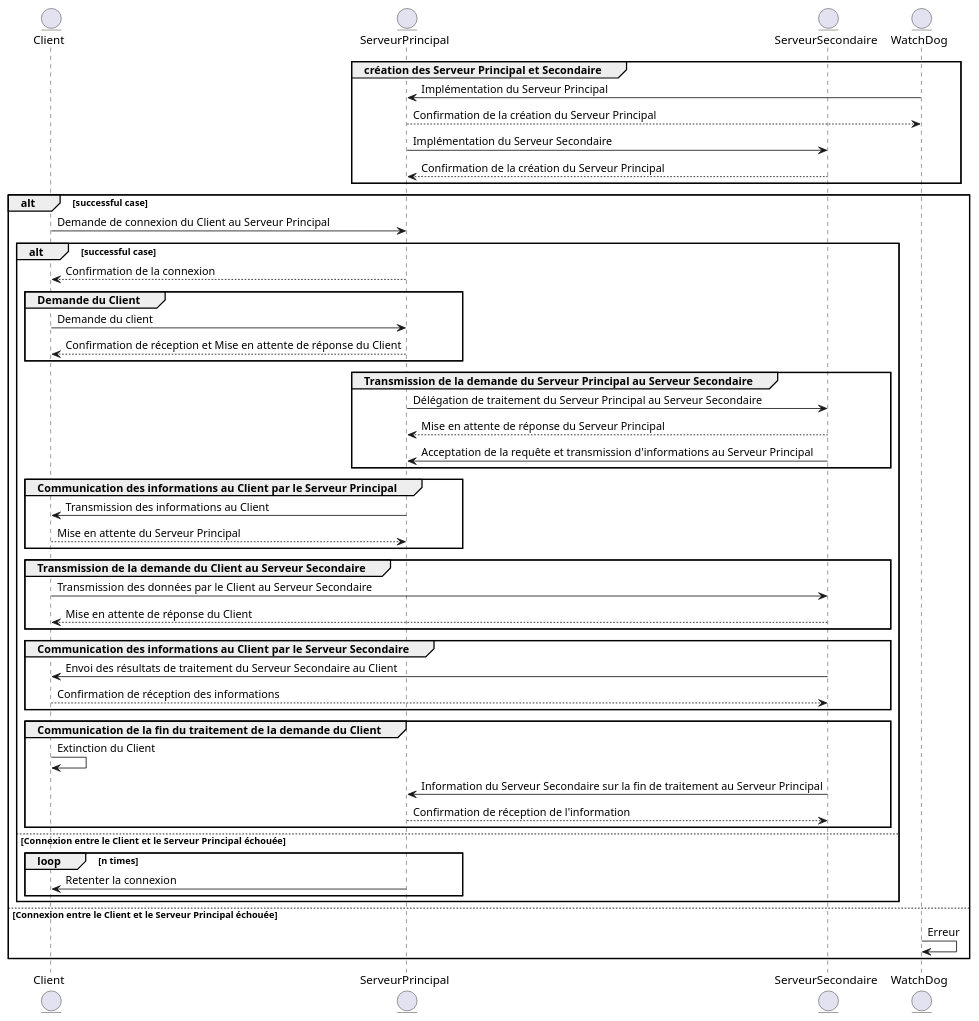
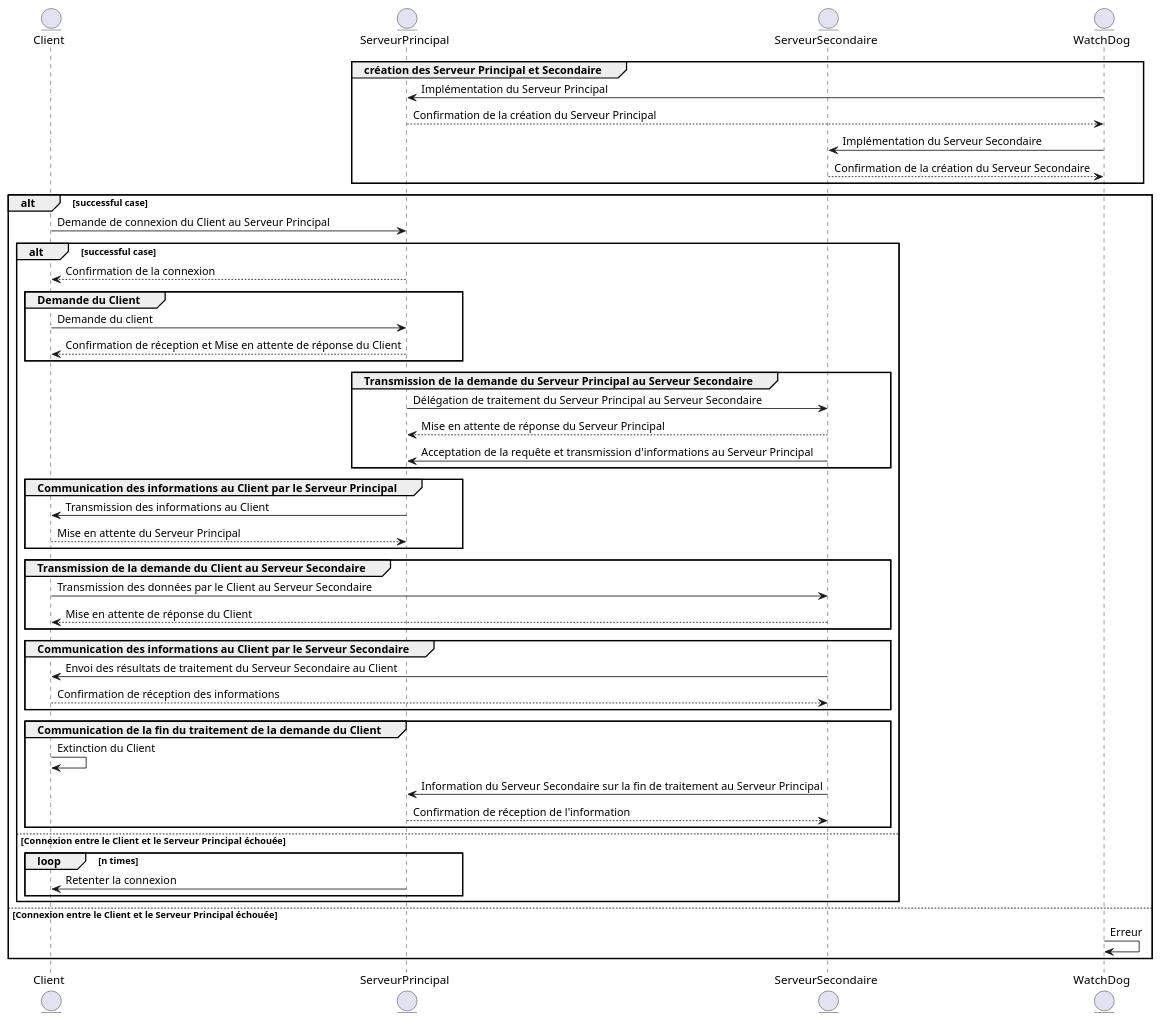
One commit to Wanadian/secured_programming_project changed the diagram in README.md. Above: the diagram before and after it, drawn with PlantUML.

Commit message:
plantuml

````diff
--- a/README.md
+++ b/README.md
@@ -3,62 +3,64 @@
+```plantuml
 @startuml
 entity Client
 entity ServeurPrincipal
 entity ServeurSecondaire
 entity WatchDog
 
 group création des Serveur Principal et Secondaire
 WatchDog -> ServeurPrincipal: Implémentation du Serveur Principal
 ServeurPrincipal --> WatchDog: Confirmation de la création du Serveur Principal
-ServeurPrincipal -> ServeurSecondaire: Implémentation du Serveur Secondaire
-ServeurSecondaire --> ServeurPrincipal: Confirmation de la création du Serveur Principal
+WatchDog-> ServeurSecondaire: Implémentation du Serveur Secondaire
+ServeurSecondaire --> WatchDog: Confirmation de la création du Serveur Secondaire
 end
 
 alt successful case
 
     Client -> ServeurPrincipal: Demande de connexion du Client au Serveur Principal
 
     alt successful case
         ServeurPrincipal --> Client: Confirmation de la connexion
     
         group Demande du Client
         Client -> ServeurPrincipal: Demande du client
         ServeurPrincipal --> Client: Confirmation de réception et Mise en attente de réponse du Client
         end
 
         group Transmission de la demande du Serveur Principal au Serveur Secondaire
         ServeurPrincipal -> ServeurSecondaire: Délégation de traitement du Serveur Principal au Serveur Secondaire
         ServeurSecondaire --> ServeurPrincipal: Mise en attente de réponse du Serveur Principal
         ServeurSecondaire -> ServeurPrincipal: Acceptation de la requête et transmission d'informations au Serveur Principal
         end
 
         group Communication des informations au Client par le Serveur Principal
         ServeurPrincipal -> Client: Transmission des informations au Client
         Client --> ServeurPrincipal: Mise en attente du Serveur Principal
         end
 
         group Transmission de la demande du Client au Serveur Secondaire
         Client -> ServeurSecondaire: Transmission des données par le Client au Serveur Secondaire
         ServeurSecondaire --> Client: Mise en attente de réponse du Client
         end
 
         group Communication des informations au Client par le Serveur Secondaire
         ServeurSecondaire -> Client: Envoi des résultats de traitement du Serveur Secondaire au Client
         Client--> ServeurSecondaire: Confirmation de réception des informations
         end
 
         group Communication de la fin du traitement de la demande du Client
         Client -> Client: Extinction du Client
         ServeurSecondaire -> ServeurPrincipal: Information du Serveur Secondaire sur la fin de traitement au Serveur Principal
         ServeurPrincipal --> ServeurSecondaire: Confirmation de réception de l'information
         end
 
     else Connexion entre le Client et le Serveur Principal échouée
         loop n times
             ServeurPrincipal -> Client: Retenter la connexion
         end
     end
 
 else Connexion entre le Client et le Serveur Principal échouée
     WatchDog -> WatchDog: Erreur
 end
 @enduml
+```
````
